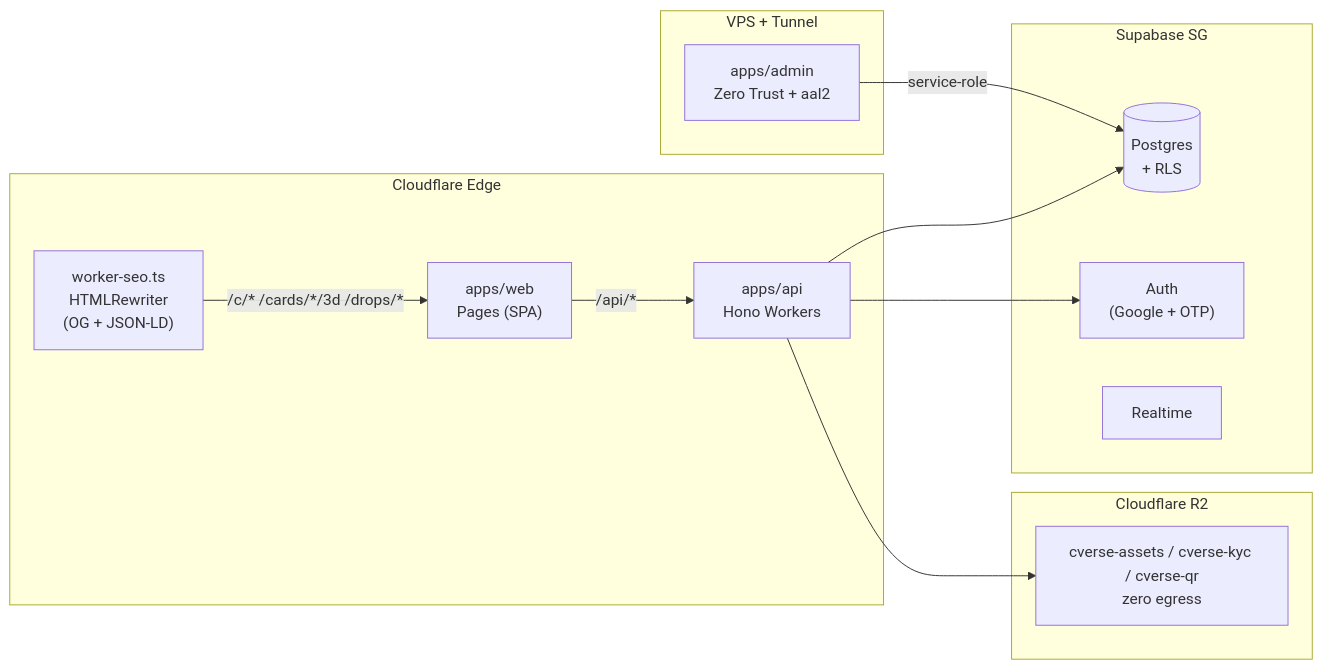
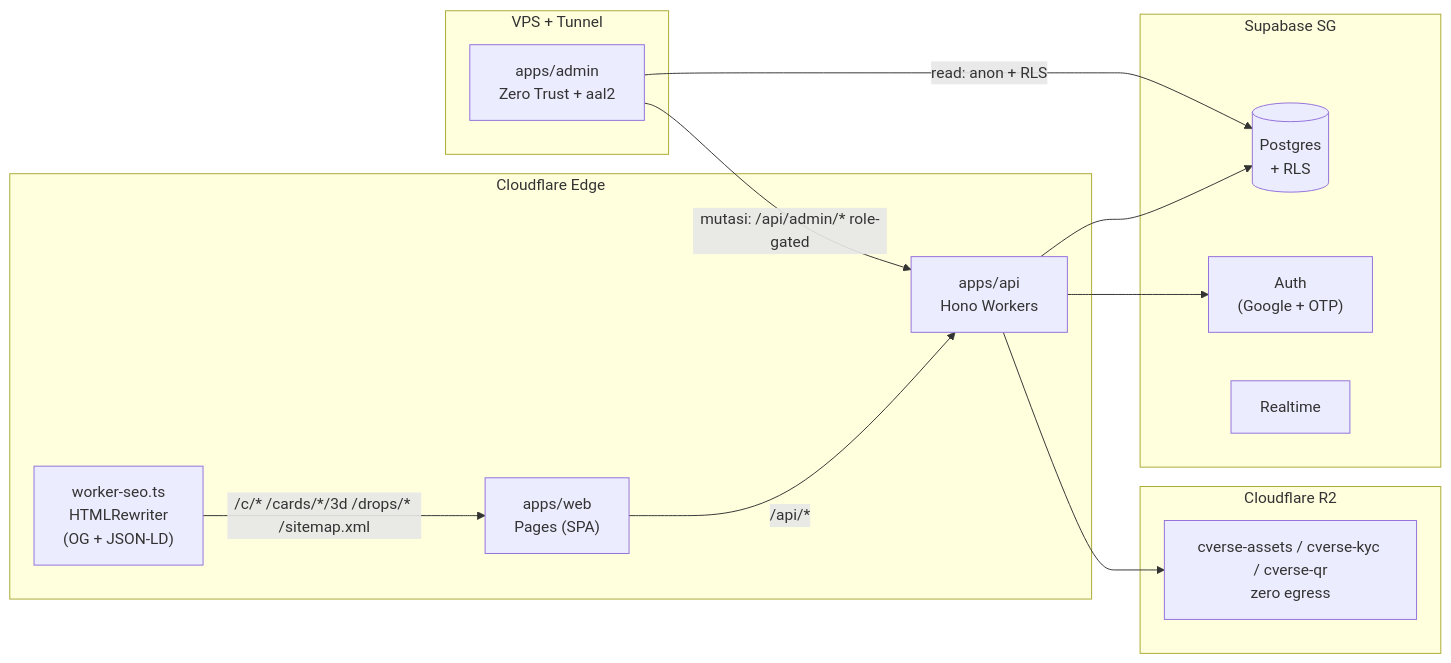
One commit to aikazu/c-verse-platform changed the diagram in README.md. Above: the diagram before and after it, drawn with Mermaid. The commit also changed other lines of this file and 9 other files, not shown here.

````diff
--- a/README.md
+++ b/README.md
@@ -29,26 +29,27 @@
 ```mermaid
 flowchart LR
   subgraph Edge["Cloudflare Edge"]
     Pages["apps/web<br/>Pages (SPA)"]
     WorkerSEO["worker-seo.ts<br/>HTMLRewriter<br/>(OG + JSON-LD)"]
     Api["apps/api<br/>Hono Workers"]
   end
   subgraph Data["Supabase SG"]
     DB[("Postgres<br/>+ RLS")]
     Auth["Auth<br/>(Google + OTP)"]
     RT["Realtime"]
   end
   subgraph StorageBox["Cloudflare R2"]
     R2["cverse-assets / cverse-kyc / cverse-qr<br/>zero egress"]
   end
   subgraph Ops["VPS + Tunnel"]
     Admin["apps/admin<br/>Zero Trust + aal2"]
   end
 
-  WorkerSEO -->|/c/* /cards/*/3d /drops/*| Pages
+  WorkerSEO -->|/c/* /cards/*/3d /drops/* /sitemap.xml| Pages
   Api --> DB
   Api --> Auth
   Api --> R2
-  Admin -->|service-role| DB
+  Admin -->|read: anon + RLS| DB
+  Admin -->|mutasi: /api/admin/* role-gated| Api
   Pages -->|/api/*| Api
 ```
````
